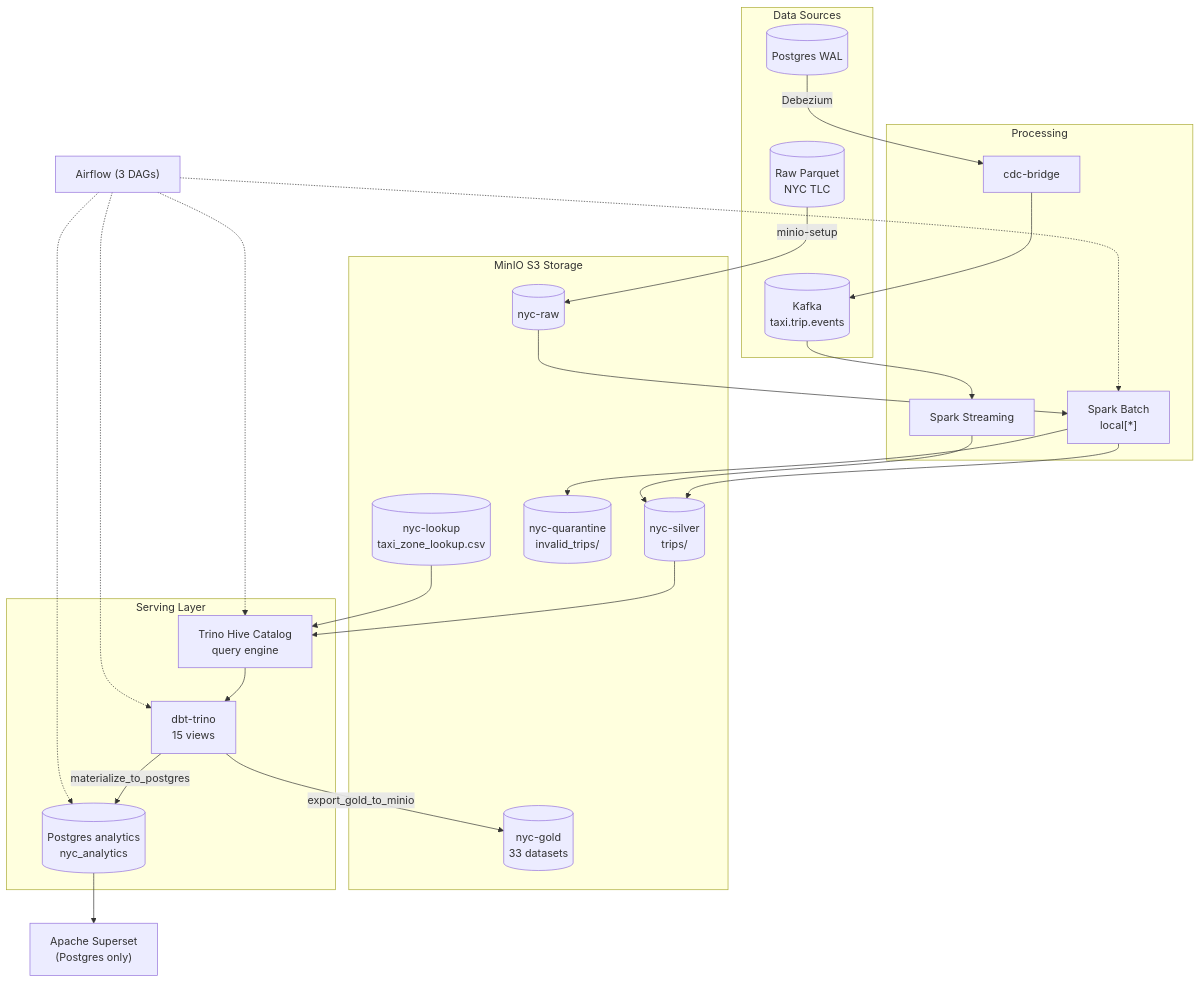
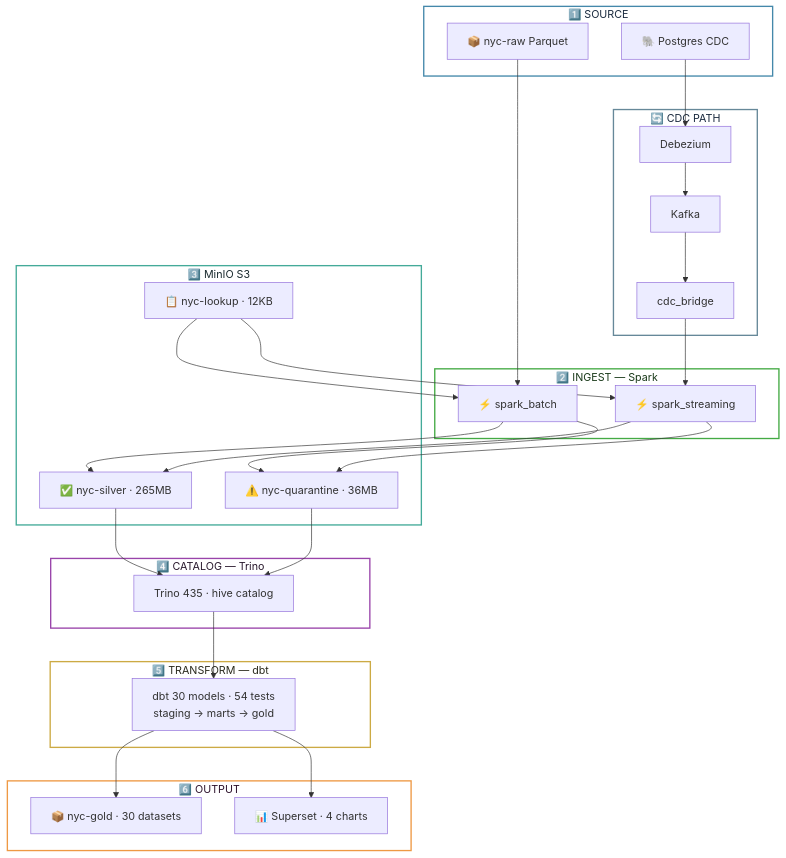
The third of 11 diagrams in README.md (DawieMalmsteel/nyc_new), drawn with Mermaid before and after one commit. The commit also changed other lines of this file and 2 other files, not shown here.

````diff
--- a/README.md
+++ b/README.md
@@ -39,44 +100,55 @@
 ```mermaid
+%%{init: {'theme': 'default', 'themeVariables': {'background': '#ffffff'}}}%%
 flowchart TD
-    subgraph SOURCE["Data Sources"]
-        RP[("Raw Parquet<br/>NYC TLC")]
-        K1[("Kafka<br/>taxi.trip.events")]
-        PG[("Postgres WAL")]
+    subgraph SOURCE["1️⃣ SOURCE"]
+        RAW["📦 nyc-raw Parquet"]
+        PG["🐘 Postgres CDC"]
     end
 
-    subgraph MINIO["MinIO S3 Storage"]
-        RAW[("nyc-raw")]
-        SILVER[("nyc-silver<br/>trips/")]
-        QUARANTINE[("nyc-quarantine<br/>invalid_trips/")]
-        LOOKUP[("nyc-lookup<br/>taxi_zone_lookup.csv")]
-        GOLD[("nyc-gold<br/>33 datasets")]
+    subgraph INGEST["2️⃣ INGEST — Spark"]
+        SB["⚡ spark_batch"]
+        SS["⚡ spark_streaming"]
     end
 
-    subgraph PROCESS["Processing"]
-        SB["Spark Batch<br/>local[*]"]
-        SS["Spark Streaming"]
-        BRIDGE[cdc-bridge]
+    subgraph STORAGE["3️⃣ MinIO S3"]
+        SILVER["✅ nyc-silver · 265MB"]
+        QUAR["⚠️ nyc-quarantine · 36MB"]
+        LOOKUP["📋 nyc-lookup · 12KB"]
     end
 
-    subgraph SERVE["Serving Layer"]
-        TRINO["Trino Hive Catalog<br/>query engine"]
-        DBT["dbt-trino<br/>15 views"]
-        PGDB[("Postgres analytics<br/>nyc_analytics")]
+    subgraph CATALOG["4️⃣ CATALOG — Trino"]
+        TRINO["Trino 435 · hive catalog"]
     end
 
-    RP -->|minio-setup| RAW
+    subgraph TRANSFORM["5️⃣ TRANSFORM — dbt"]
+        DBT["dbt 30 models · 54 tests<br/>staging → marts → gold"]
+    end
+
+    subgraph OUTPUT["6️⃣ OUTPUT"]
+        GOLD["📦 nyc-gold · 30 datasets"]
+        SUP["📊 Superset · 4 charts"]
+    end
+
+    subgraph CDC["🔄 CDC PATH"]
+        DZ["Debezium"]
+        KFK["Kafka"]
+        BRIDGE["cdc_bridge"]
+    end
+
     RAW --> SB
-    SB --> SILVER
-    SB --> QUARANTINE
-    K1 --> SS
-    SS --> SILVER
-    PG -->|Debezium| BRIDGE --> K1
+    PG --> DZ --> KFK --> BRIDGE --> SS
+    SB --> SILVER & QUAR
+    SS --> SILVER & QUAR
+    LOOKUP --> SB & SS
+    SILVER & QUAR --> TRINO
+    TRINO --> DBT
+    DBT --> GOLD & SUP
 
-    SILVER --> TRINO
-    LOOKUP --> TRINO
-    TRINO --> DBT
-    DBT -->|export_gold_to_minio| GOLD
-    DBT -->|materialize_to_postgres| PGDB
-    AIRFLOW["Airflow (3 DAGs)"] -..-> SB & TRINO & DBT & PGDB
-    PGDB --> SUPERSET["Apache Superset<br/>(Postgres only)"]
+    style SOURCE fill:#fff,stroke:#48a,stroke-width:2px,color:#1a2a3e
+    style INGEST fill:#fff,stroke:#4a4,stroke-width:2px,color:#1a3a1a
+    style STORAGE fill:#fff,stroke:#4a9,stroke-width:2px,color:#1a2a2e
+    style CATALOG fill:#fff,stroke:#94a,stroke-width:2px,color:#2a1a2e
+    style TRANSFORM fill:#fff,stroke:#ca4,stroke-width:2px,color:#2a2a1e
+    style OUTPUT fill:#fff,stroke:#e94,stroke-width:2px,color:#2d132c
+    style CDC fill:#fff,stroke:#689,stroke-width:2px,color:#1a2a3e
 ```
````
